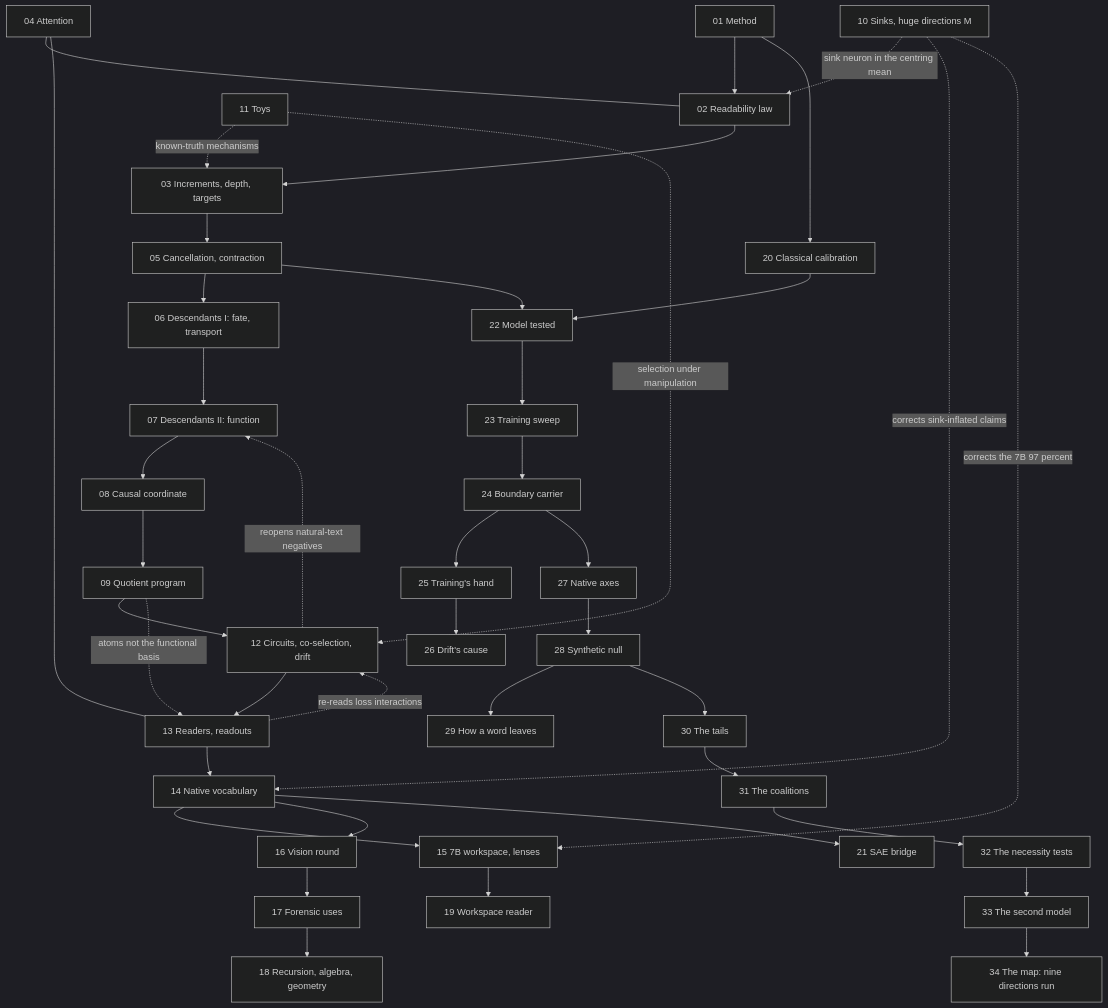
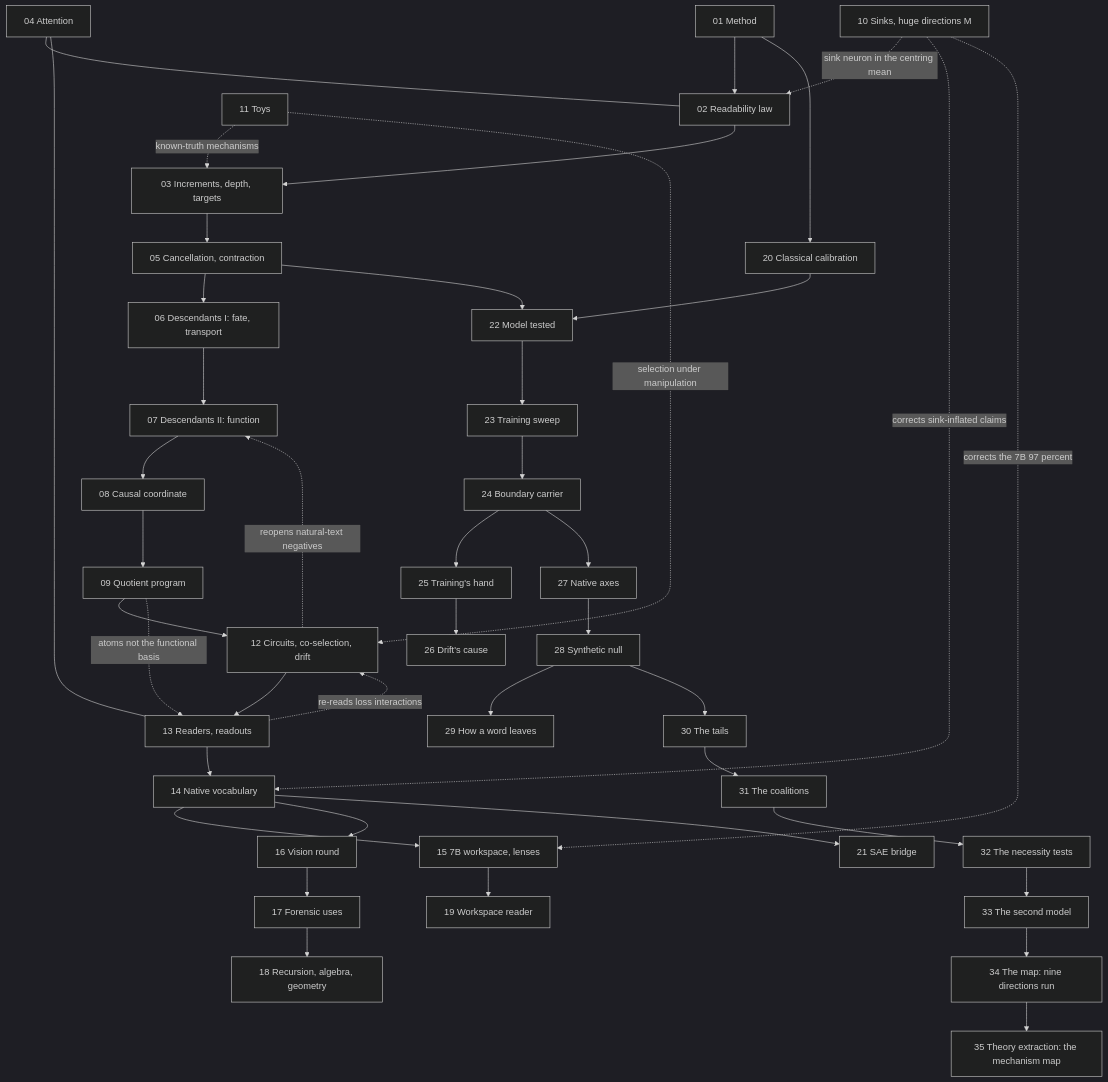
One commit to sunmoonron/wdd-descendants changed the diagram in docs/ATLAS.md. Above: the diagram before and after it, drawn with Mermaid (dark theme). The commit also changed other lines of this file and 51 other files, not shown here.

First line of the commit message:
Phase 3bo: theory extraction, the mechanism's open arrows tested and the map written (e565-e572, atlas area 35, MECHANISM_MAP.md)

````diff
--- a/docs/ATLAS.md
+++ b/docs/ATLAS.md
@@ -85,44 +86,45 @@
 ```mermaid
 flowchart TD
   A01["01 Method"] --> A02["02 Readability law"]
   A02 --> A03["03 Increments, depth, targets"]
   A03 --> A05["05 Cancellation, contraction"]
   A05 --> A06["06 Descendants I: fate, transport"]
   A06 --> A07["07 Descendants II: function"]
   A07 --> A08["08 Causal coordinate"]
   A08 --> A09["09 Quotient program"]
   A09 --> A12["12 Circuits, co-selection, drift"]
   A12 --> A13["13 Readers, readouts"]
   A13 --> A14["14 Native vocabulary"]
   A14 --> A15["15 7B workspace, lenses"]
   A14 --> A16["16 Vision round"]
   A16 --> A17["17 Forensic uses"]
   A17 --> A18["18 Recursion, algebra, geometry"]
   A15 --> A19["19 Workspace reader"]
   A01 --> A20["20 Classical calibration"]
   A14 --> A21["21 SAE bridge"]
   A20 --> A22["22 Model tested"]
   A22 --> A23["23 Training sweep"]
   A23 --> A24["24 Boundary carrier"]
   A24 --> A25["25 Training's hand"]
   A25 --> A26["26 Drift's cause"]
   A24 --> A27["27 Native axes"]
   A27 --> A28["28 Synthetic null"]
   A28 --> A29["29 How a word leaves"]
   A28 --> A30["30 The tails"]
   A30 --> A31["31 The coalitions"]
   A31 --> A32["32 The necessity tests"]
   A32 --> A33["33 The second model"]
   A33 --> A34["34 The map: nine directions run"]
+  A34 --> A35["35 Theory extraction: the mechanism map"]
   A05 --> A22
   A04["04 Attention"] --- A02
   A04 --- A13
   A10["10 Sinks, huge directions M"] -.->|sink neuron in the centring mean| A02
   A10 -.->|corrects sink-inflated claims| A14
   A10 -.->|corrects the 7B 97 percent| A15
   A11["11 Toys"] -.->|known-truth mechanisms| A03
   A11 -.->|selection under manipulation| A12
   A12 -.->|reopens natural-text negatives| A07
   A13 -.->|re-reads loss interactions| A12
   A09 -.->|atoms not the functional basis| A13
 ```
````
